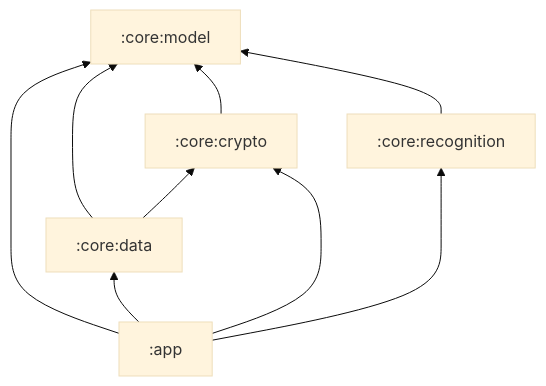
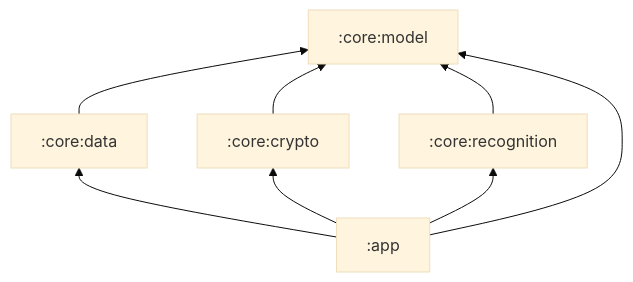
One commit to stalker0321/remanence changed the second of 3 diagrams in docs/architecture.md. Above: the diagram before and after it, drawn with Mermaid (base theme). The commit also changed other lines of this file and 1 other file, not shown here.

Commit message:
docs: specify product and system architecture

````diff
--- a/docs/architecture.md
+++ b/docs/architecture.md
@@ -128,16 +104,16 @@
 ```mermaid
 flowchart BT
   model[":core:model"]
+  data[":core:data"]
   crypto[":core:crypto"]
   recognition[":core:recognition"]
-  data[":core:data"]
   app[":app"]
+
+  data --> model
   crypto --> model
   recognition --> model
-  data --> model
-  data --> crypto
   app --> model
   app --> data
   app --> crypto
   app --> recognition
 ```
````
